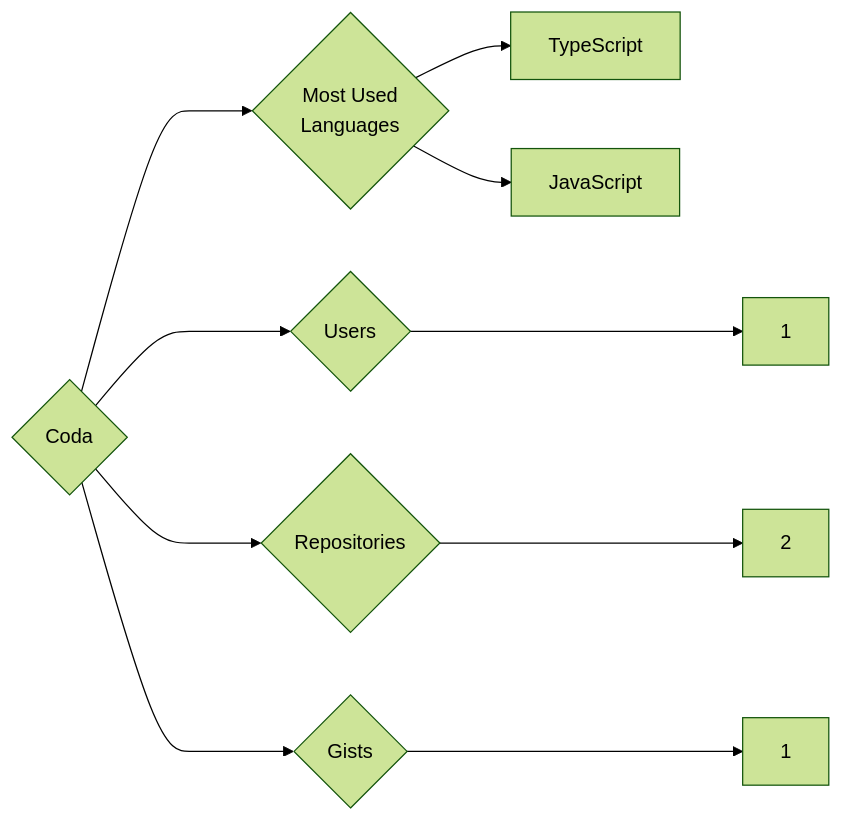
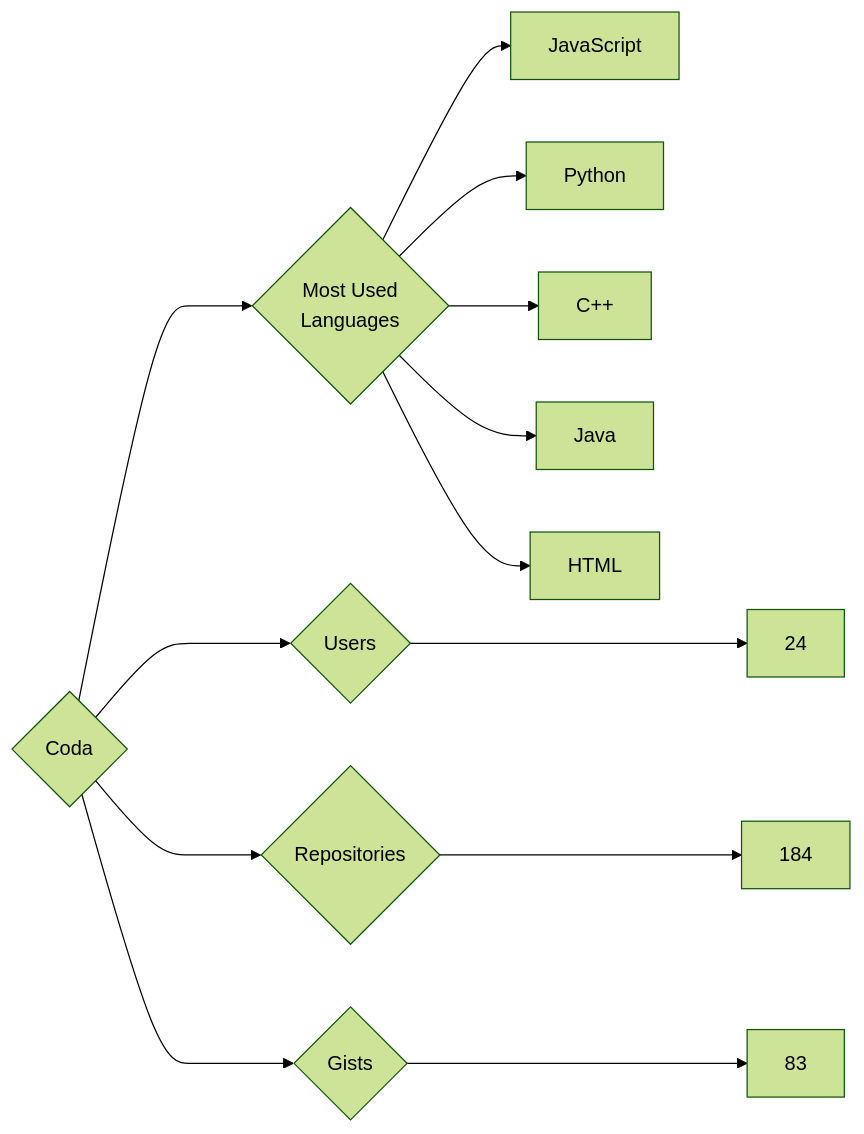
The diagram in targets/Coda/README.md (trickest/insiders), drawn with Mermaid (forest theme) before and after one commit. The commit also changed 845 other files, not shown here.

````diff
--- a/targets/Coda/README.md
+++ b/targets/Coda/README.md
@@ -3,10 +3,13 @@
 ```mermaid
 graph LR
 COMPANY_NAME{Coda}
-COMPANY_NAME ---> U{Users} ---> UN[1]
-COMPANY_NAME ---> R{Repositories} ---> RN[2]
-COMPANY_NAME ---> G{Gists} ---> GN[1]
+COMPANY_NAME ---> U{Users} ---> UN[24]
+COMPANY_NAME ---> R{Repositories} ---> RN[184]
+COMPANY_NAME ---> G{Gists} ---> GN[83]
 COMPANY_NAME ---> ML{Most Used<br>Languages}
-ML --> TypeScript[TypeScript]
 ML --> JavaScript[JavaScript]
+ML --> Python[Python]
+ML --> C++[C++]
+ML --> Java[Java]
+ML --> HTML[HTML]
 ```
````
